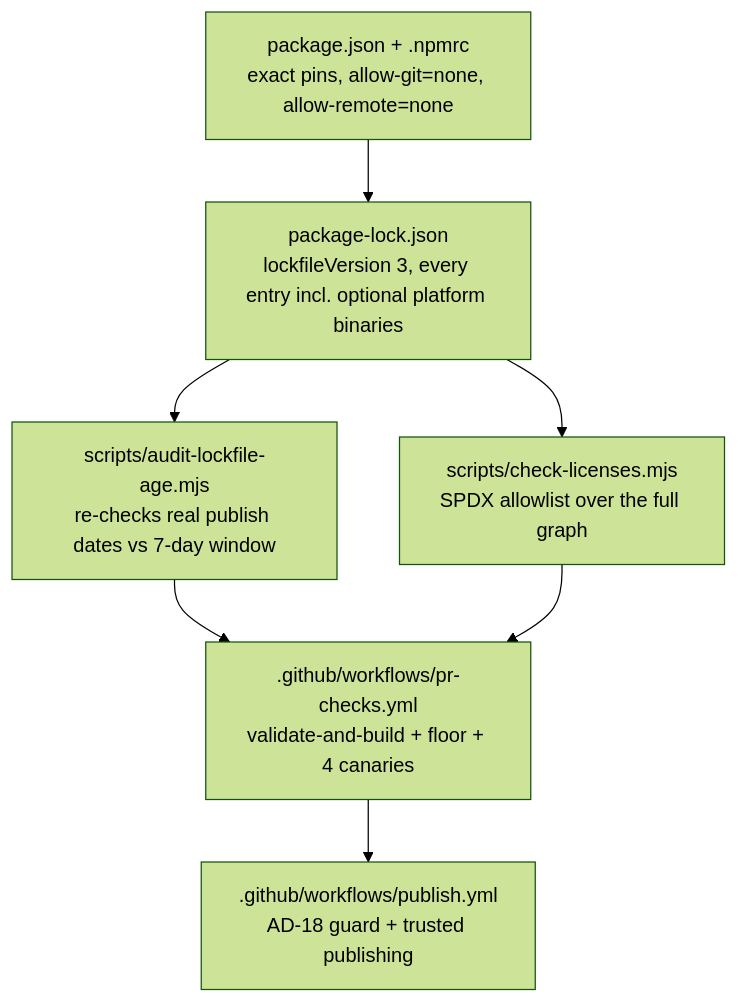
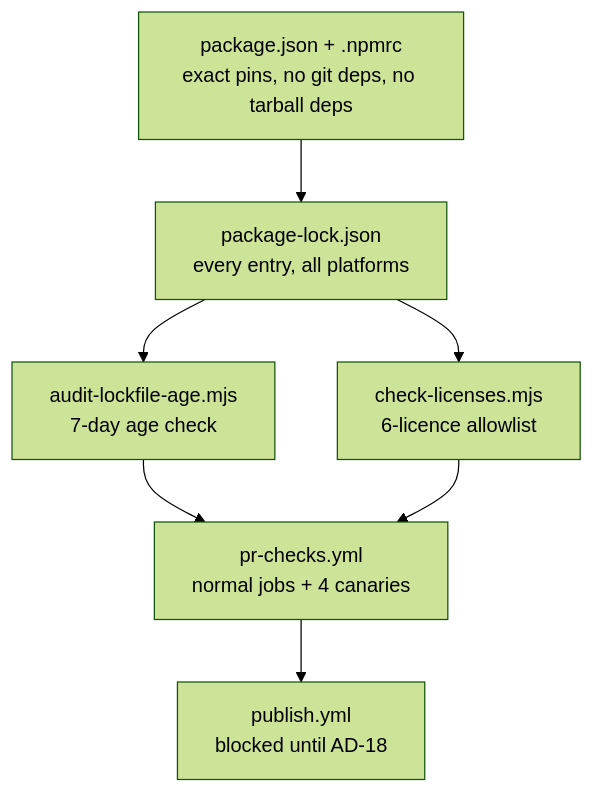
Before and after one commit to bmad-code-org/bmad-eval-quality: the first of 2 diagrams in _bmad-output/project-knowledge/learning-path-step-by-step.md, drawn with Mermaid (forest theme). The commit also changed other lines of this file and 6 other files, not shown here.

````diff
--- a/_bmad-output/project-knowledge/learning-path-step-by-step.md
+++ b/_bmad-output/project-knowledge/learning-path-step-by-step.md
@@ -195,16 +51,16 @@
 ```mermaid
 flowchart TD
-  PKG["package.json + .npmrc<br/>exact pins, allow-git=none, allow-remote=none"]
-  LOCK["package-lock.json<br/>lockfileVersion 3, every entry incl. optional platform binaries"]
-  AGE["scripts/audit-lockfile-age.mjs<br/>re-checks real publish dates vs 7-day window"]
-  LIC["scripts/check-licenses.mjs<br/>SPDX allowlist over the full graph"]
-  PRCHECKS[".github/workflows/pr-checks.yml<br/>validate-and-build + floor + 4 canaries"]
-  PUBLISH[".github/workflows/publish.yml<br/>AD-18 guard + trusted publishing"]
+  PKG["package.json + .npmrc<br/>exact pins, no git deps, no tarball deps"]
+  LOCK["package-lock.json<br/>every entry, all platforms"]
+  AGE["audit-lockfile-age.mjs<br/>7-day age check"]
+  LIC["check-licenses.mjs<br/>6-licence allowlist"]
+  PRCHECKS["pr-checks.yml<br/>normal jobs + 4 canaries"]
+  PUBLISH["publish.yml<br/>blocked until AD-18"]
 
   PKG --> LOCK
   LOCK --> AGE
   LOCK --> LIC
   AGE --> PRCHECKS
   LIC --> PRCHECKS
   PRCHECKS --> PUBLISH
 ```
````
